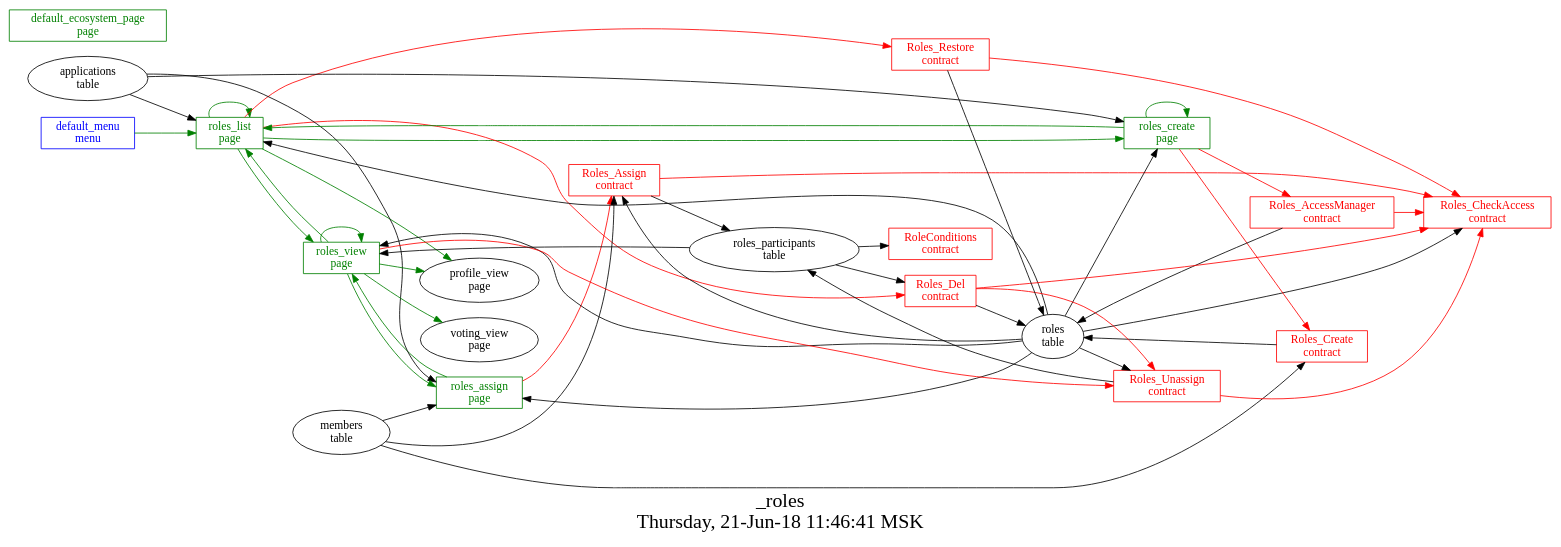
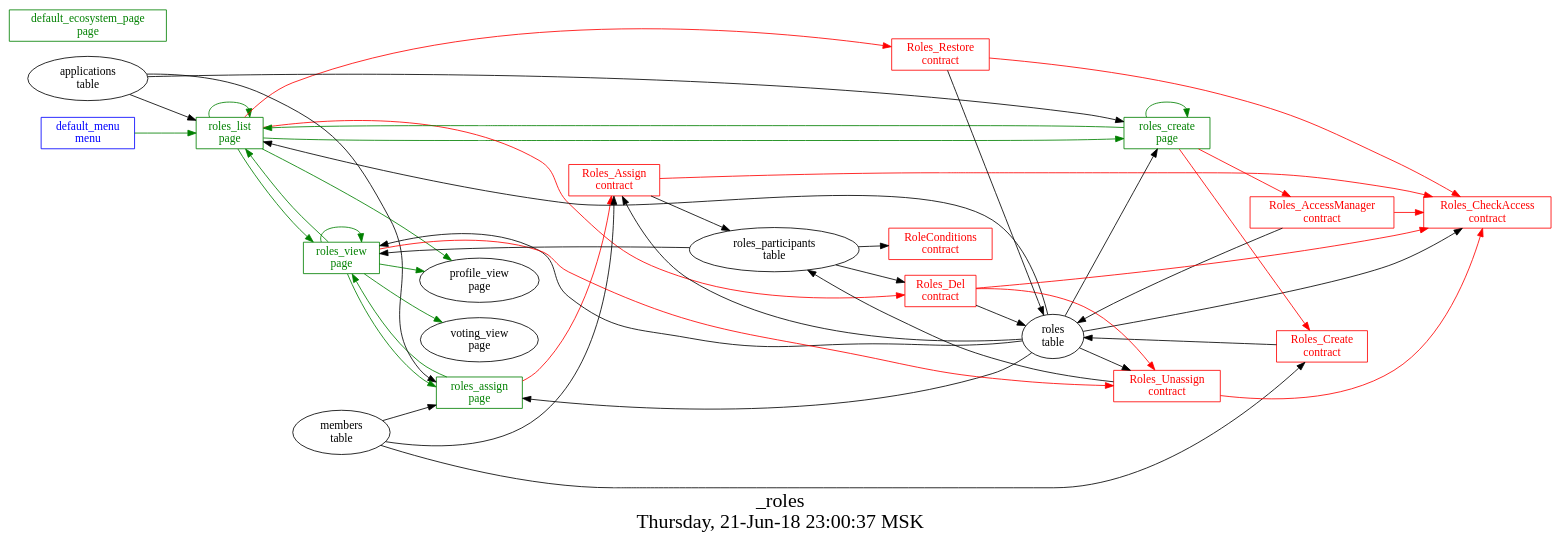
The diagram in src/_roles/struct.dot (AplaProject/apps), drawn with Graphviz before and after one commit. The commit also changed 11 other files, not shown here.

```diff
--- a/src/_roles/struct.dot
+++ b/src/_roles/struct.dot
@@ -1,71 +1,71 @@
 digraph G {
 graph [
   fontsize="24";
-  label="_roles\nThursday, 21-Jun-18 11:46:41 MSK";
+  label="_roles\nThursday, 21-Jun-18 23:00:37 MSK";
   nojustify=true;
   ordering=out;
   rankdir=LR;
   size="30";
 ];
 "default_menu\nmenu" -> "roles_list\npage"  [ color=green ]
 "default_menu\nmenu" [color=blue, fontcolor=blue, group=menus, shape=record];
 "default_ecosystem_page\npage" [color=green, fontcolor=green, group=pages, shape=record];
 "roles_assign\npage" -> "Roles_Assign\ncontract"  [ color=red ]
 "applications\ntable" -> "roles_assign\npage"
 "roles\ntable" -> "roles_assign\npage"
 "members\ntable" -> "roles_assign\npage"
 "roles_assign\npage" -> "roles_view\npage"  [ color=green ]
 "roles_assign\npage" [color=green, fontcolor=green, group=pages, shape=record];
 "roles_create\npage" -> "Roles_AccessManager\ncontract"  [ color=red ]
 "roles_create\npage" -> "Roles_Create\ncontract"  [ color=red ]
 "applications\ntable" -> "roles_create\npage"
 "roles\ntable" -> "roles_create\npage"
 "roles_create\npage" -> "roles_create\npage"  [ color=green ]
 "roles_create\npage" -> "roles_list\npage"  [ color=green ]
 "roles_create\npage" [color=green, fontcolor=green, group=pages, shape=record];
 "roles_list\npage" -> "Roles_Del\ncontract"  [ color=red ]
 "roles_list\npage" -> "Roles_Restore\ncontract"  [ color=red ]
 "applications\ntable" -> "roles_list\npage"
 "roles\ntable" -> "roles_list\npage"
 "roles_list\npage" -> "roles_create\npage"  [ color=green ]
 "roles_list\npage" -> "profile_view\npage"  [ color=green ]
 "roles_list\npage" -> "roles_view\npage"  [ color=green ]
 "roles_list\npage" -> "roles_list\npage"  [ color=green ]
 "roles_list\npage" [color=green, fontcolor=green, group=pages, shape=record];
 "roles_view\npage" -> "Roles_Unassign\ncontract"  [ color=red ]
 "roles\ntable" -> "roles_view\npage"
 "roles_participants\ntable" -> "roles_view\npage"
 "roles_view\npage" -> "profile_view\npage"  [ color=green ]
 "roles_view\npage" -> "voting_view\npage"  [ color=green ]
 "roles_view\npage" -> "roles_view\npage"  [ color=green ]
 "roles_view\npage" -> "roles_list\npage"  [ color=green ]
 "roles_view\npage" -> "roles_assign\npage"  [ color=green ]
 "roles_view\npage" [color=green, fontcolor=green, group=pages, shape=record];
 "roles_participants\ntable" -> "RoleConditions\ncontract"
 "RoleConditions\ncontract" [color=red, fontcolor=red, group=contracts, shape=record];
 "Roles_AccessManager\ncontract" -> "Roles_CheckAccess\ncontract"  [ color=red ]
 "Roles_AccessManager\ncontract" -> "roles\ntable"  [ color="" ]
 "Roles_AccessManager\ncontract" [color=red, fontcolor=red, group=contracts, shape=record];
 "Roles_Assign\ncontract" -> "Roles_CheckAccess\ncontract"  [ color=red ]
 "Roles_Assign\ncontract" -> "roles_participants\ntable"  [ color="" ]
 "roles\ntable" -> "Roles_Assign\ncontract"
 "members\ntable" -> "Roles_Assign\ncontract"
 "Roles_Assign\ncontract" [color=red, fontcolor=red, group=contracts, shape=record];
 "roles\ntable" -> "Roles_CheckAccess\ncontract"
 "Roles_CheckAccess\ncontract" [color=red, fontcolor=red, group=contracts, shape=record];
 "Roles_Create\ncontract" -> "roles\ntable"  [ color="" ]
 "members\ntable" -> "Roles_Create\ncontract"
 "Roles_Create\ncontract" [color=red, fontcolor=red, group=contracts, shape=record];
 "Roles_Del\ncontract" -> "Roles_CheckAccess\ncontract"  [ color=red ]
 "Roles_Del\ncontract" -> "Roles_Unassign\ncontract"  [ color=red ]
 "Roles_Del\ncontract" -> "roles\ntable"  [ color="" ]
 "roles_participants\ntable" -> "Roles_Del\ncontract"
 "Roles_Del\ncontract" [color=red, fontcolor=red, group=contracts, shape=record];
 "Roles_Restore\ncontract" -> "Roles_CheckAccess\ncontract"  [ color=red ]
 "Roles_Restore\ncontract" -> "roles\ntable"  [ color="" ]
 "Roles_Restore\ncontract" [color=red, fontcolor=red, group=contracts, shape=record];
 "Roles_Unassign\ncontract" -> "Roles_CheckAccess\ncontract"  [ color=red ]
 "Roles_Unassign\ncontract" -> "roles_participants\ntable"  [ color="" ]
 "roles\ntable" -> "Roles_Unassign\ncontract"
 "Roles_Unassign\ncontract" [color=red, fontcolor=red, group=contracts, shape=record];
 }
```
